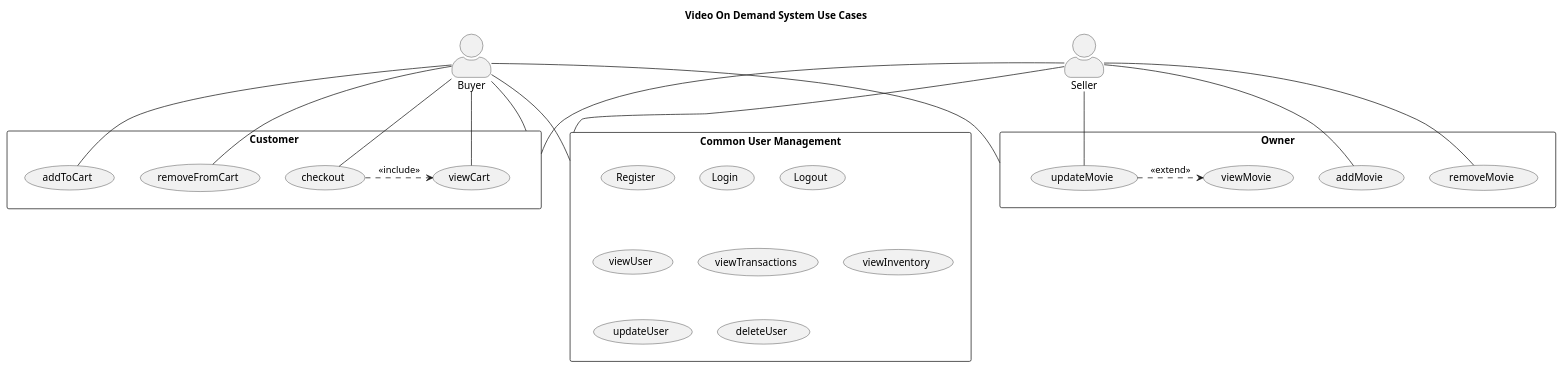
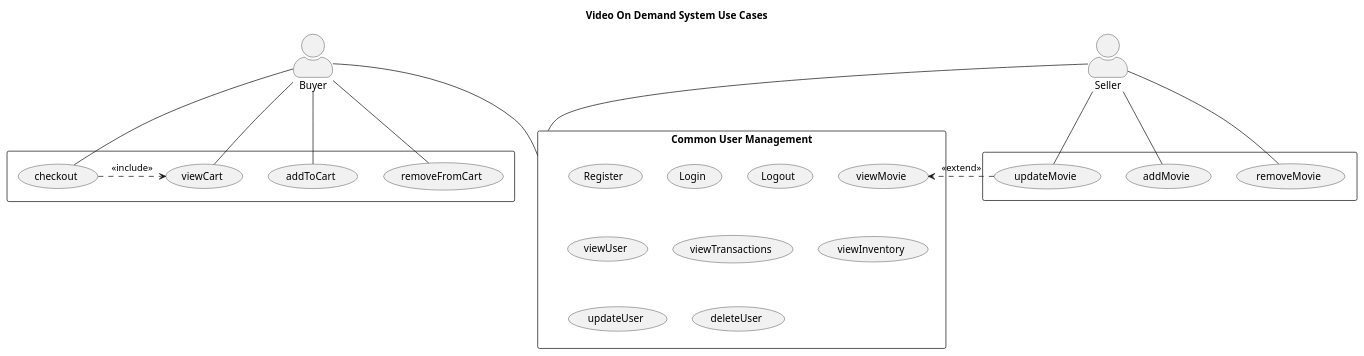
One commit to DrNeonsy/Java_Console-VOD-System changed the diagram in src/main/java/Graphs/Scripts/Use Case Overview.puml. Above: the diagram before and after it, drawn with PlantUML. The commit also changed 3 other files, not shown here.

```diff
--- a/src/main/java/Graphs/Scripts/Use Case Overview.puml
+++ b/src/main/java/Graphs/Scripts/Use Case Overview.puml
@@ -1,41 +1,39 @@
 @startuml Usecase Overview
 title Video On Demand System Use Cases
 
 skinparam actorStyle awesome
 skinparam packageStyle rectangle
 
 actor Buyer as "Buyer"
 actor Seller as "Seller"
 
 rectangle "Common User Management" as UserMgmt {
     (Register)
     (Login)
     (Logout)
     (viewUser)
     (viewTransactions)
     (viewInventory)
+    (viewMovie)
     (updateUser)
     (deleteUser)
 }
 
-rectangle "Customer" as InvMgmt {
+rectangle {
   Buyer -- (addToCart)
   Buyer -- (removeFromCart)
   Buyer -- (viewCart)
   Buyer -- (checkout)
   (checkout) .> (viewCart) : <<include>>
 }
 
-rectangle "Owner" as TransMgmt {
+rectangle {
   Seller -- (addMovie)
   Seller -- (removeMovie)
   Seller -- (updateMovie)
   (updateMovie) .> (viewMovie) : <<extend>>
 }
 
 Buyer -- UserMgmt
-Buyer -- InvMgmt
-Buyer -- TransMgmt
 Seller -- UserMgmt
-Seller -- InvMgmt
 @enduml
```
